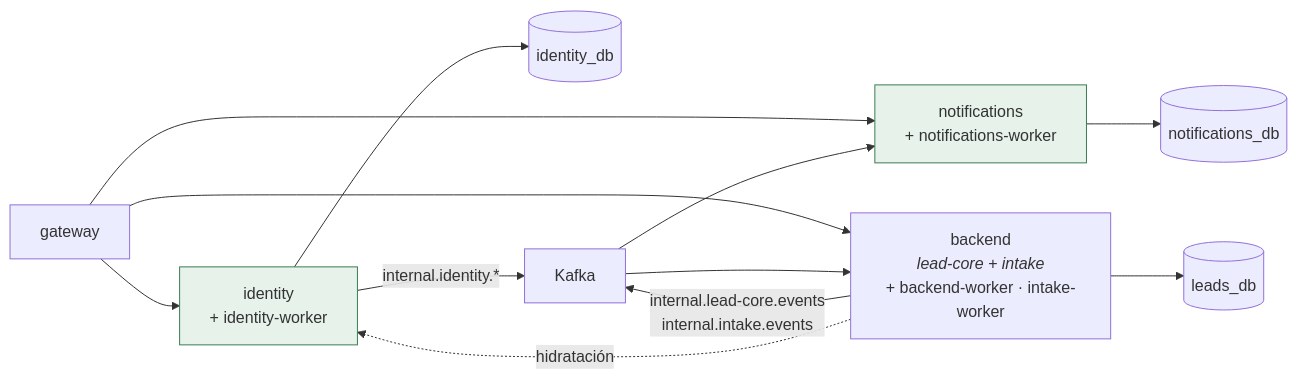
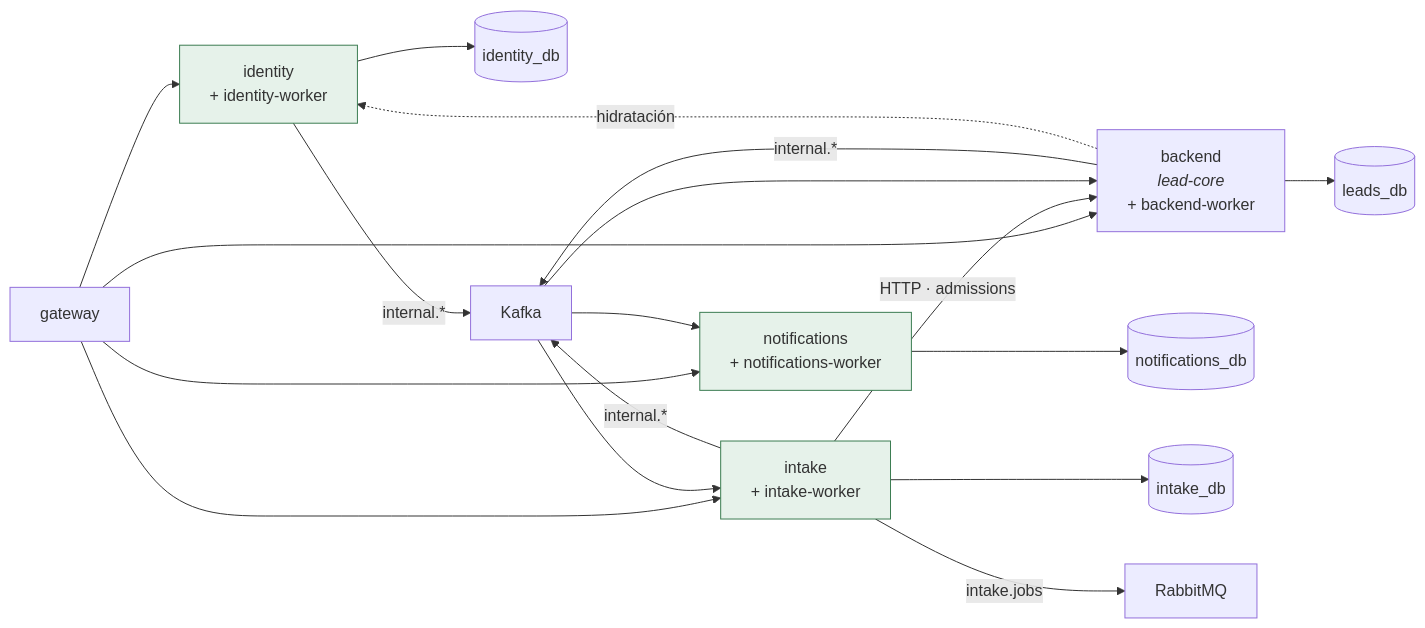
One commit to MDCIrony/leads-hexa changed diagram 14 of 15 in .slides-microservices/slides.md. Above: the diagram before and after it, drawn with Mermaid. The commit also changed other lines of this file, not shown here.

Commit message:
docs(slides): F4 intake extraction, cut result and measurements

````diff
--- a/.slides-microservices/slides.md
+++ b/.slides-microservices/slides.md
@@ -578,15 +580,18 @@
-```mermaid {scale: 0.56}
+```mermaid {scale: 0.52}
 flowchart LR
     GW["gateway"] --> ID["identity<br/>+ identity-worker"]
     GW --> NO["notifications<br/>+ notifications-worker"]
-    GW --> BE["backend<br/><i>lead-core + intake</i><br/>+ backend-worker · intake-worker"]
+    GW --> IN["intake<br/>+ intake-worker"]
+    GW --> BE["backend<br/><i>lead-core</i><br/>+ backend-worker"]
     ID --> IDB[("identity_db")]
     NO --> NDB[("notifications_db")]
+    IN --> INB[("intake_db")]
     BE --> LDB[("leads_db")]
-    ID -->|"internal.identity.*"| K["Kafka"]
-    BE -->|"internal.lead-core.events<br/>internal.intake.events"| K
-    K --> NO & BE
+    IN -->|"HTTP · admissions"| BE
+    IN -->|"intake.jobs"| R["RabbitMQ"]
+    ID & BE & IN -->|"internal.*"| K["Kafka"]
+    K --> NO & BE & IN
     BE -.->|"hidratación"| ID
     classDef extracted fill:#e6f2ea,stroke:#3c7d52
-    class ID,NO extracted
+    class ID,NO,IN extracted
 ```
````
